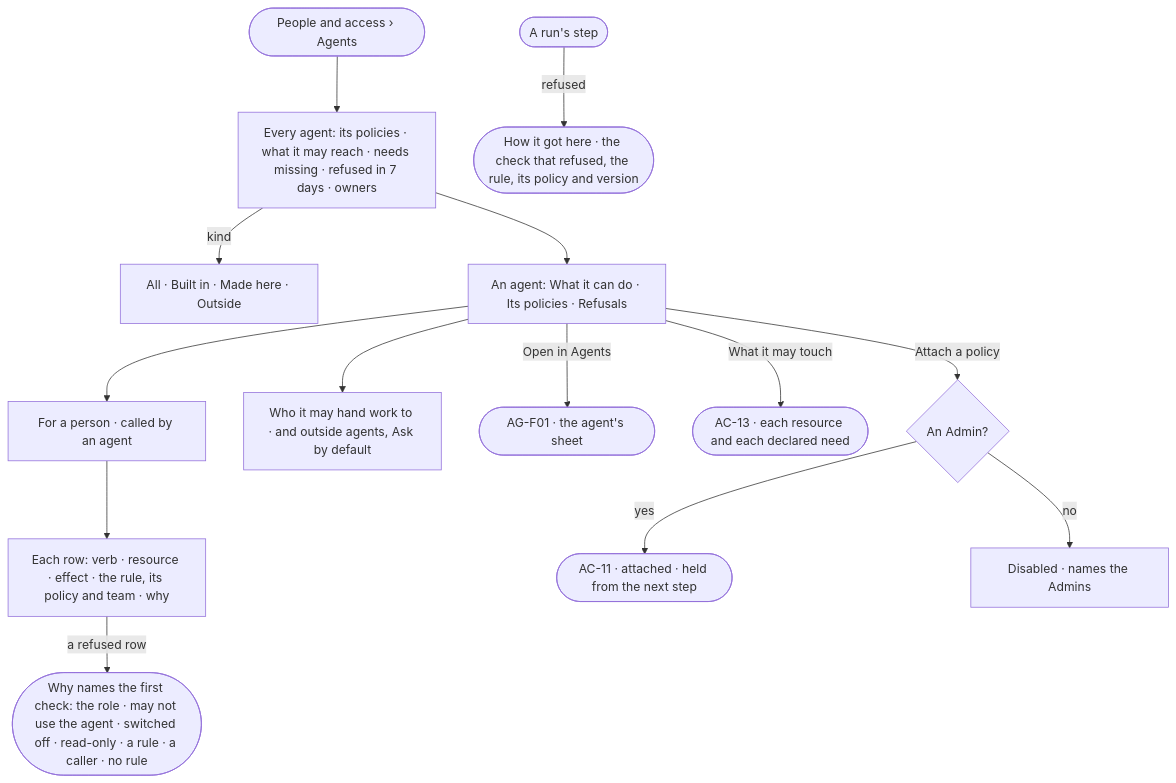
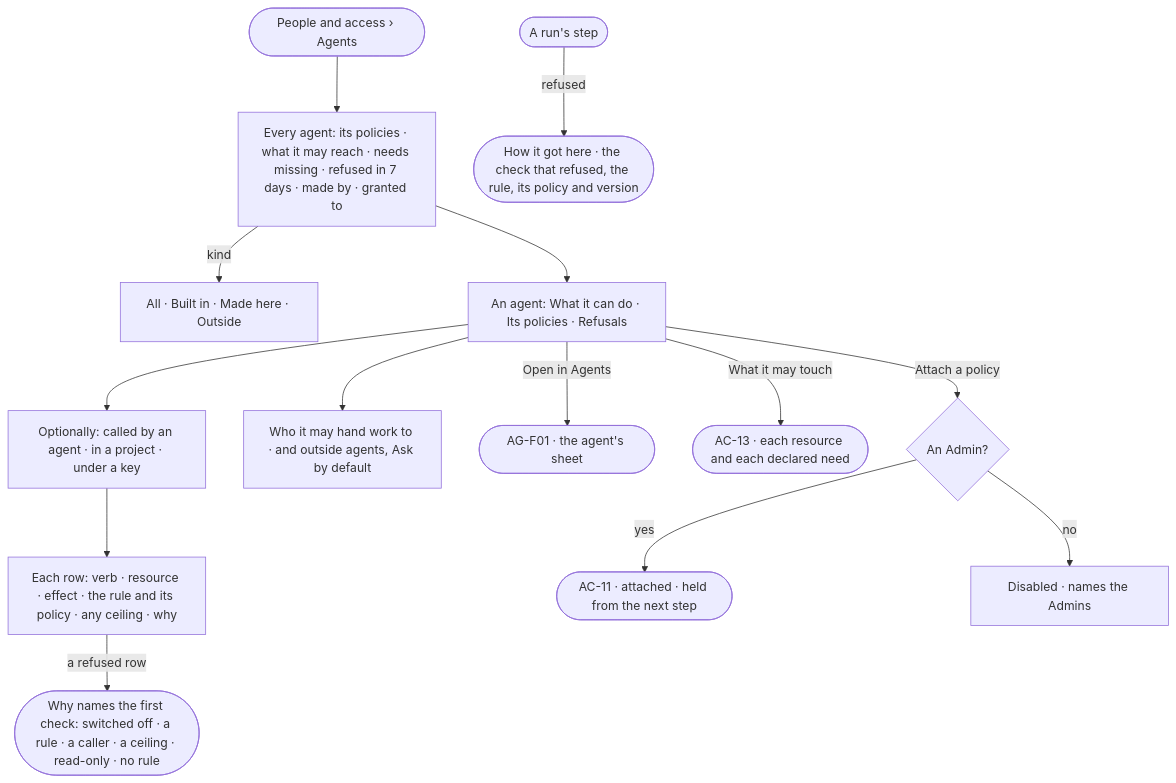
Before and after one commit to invana/invana: the diagram in specs/os/access/features/AC-F04-what-an-agent-may-touch/stories/AC-12-see-why-an-agent-can-or-cannot/story.md, drawn with Mermaid. The commit also changed other lines of this file and 300 other files, not shown here.

````diff
--- a/specs/os/access/features/AC-F04-what-an-agent-may-touch/stories/AC-12-see-why-an-agent-can-or-cannot/story.md
+++ b/specs/os/access/features/AC-F04-what-an-agent-may-touch/stories/AC-12-see-why-an-agent-can-or-cannot/story.md
@@ -26,16 +26,16 @@
 ```mermaid
 flowchart TD
-  t([People and access › Agents]) --> l["Every agent: its policies · what it may reach · needs missing · refused in 7 days · owners"]
+  t([People and access › Agents]) --> l["Every agent: its policies · what it may reach · needs missing · refused in 7 days · made by · granted to"]
   l -->|kind| k["All · Built in · Made here · Outside"]
   l --> a["An agent: What it can do · Its policies · Refusals"]
-  a --> as["For a person · called by an agent"]
-  as --> m["Each row: verb · resource · effect · the rule, its policy and team · why"]
-  m -->|a refused row| why(["Why names the first check: the role · may not use the agent · switched off · read-only · a rule · a caller · no rule"])
+  a --> as["Optionally: called by an agent · in a project · under a key"]
+  as --> m["Each row: verb · resource · effect · the rule and its policy · any ceiling · why"]
+  m -->|a refused row| why(["Why names the first check: switched off · a rule · a caller · a ceiling · read-only · no rule"])
   a --> dg["Who it may hand work to · and outside agents, Ask by default"]
   a -->|Open in Agents| ag(["AG-F01 · the agent's sheet"])
   a -->|What it may touch| wt(["AC-13 · each resource and each declared need"])
   a -->|Attach a policy| at{"An Admin?"}
   at -->|yes| ok(["AC-11 · attached · held from the next step"])
   at -->|no| ask["Disabled · names the Admins"]
   run([A run's step]) -->|refused| how(["How it got here · the check that refused, the rule, its policy and version"])
 ```
````
